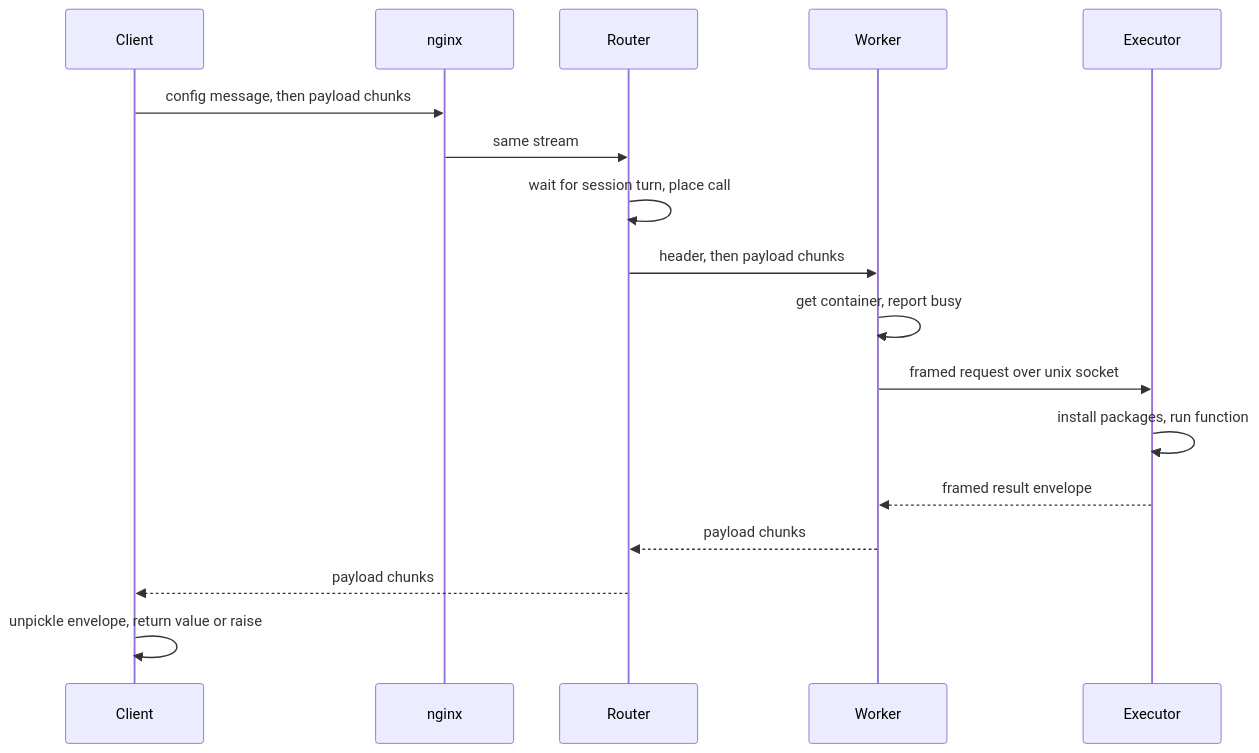
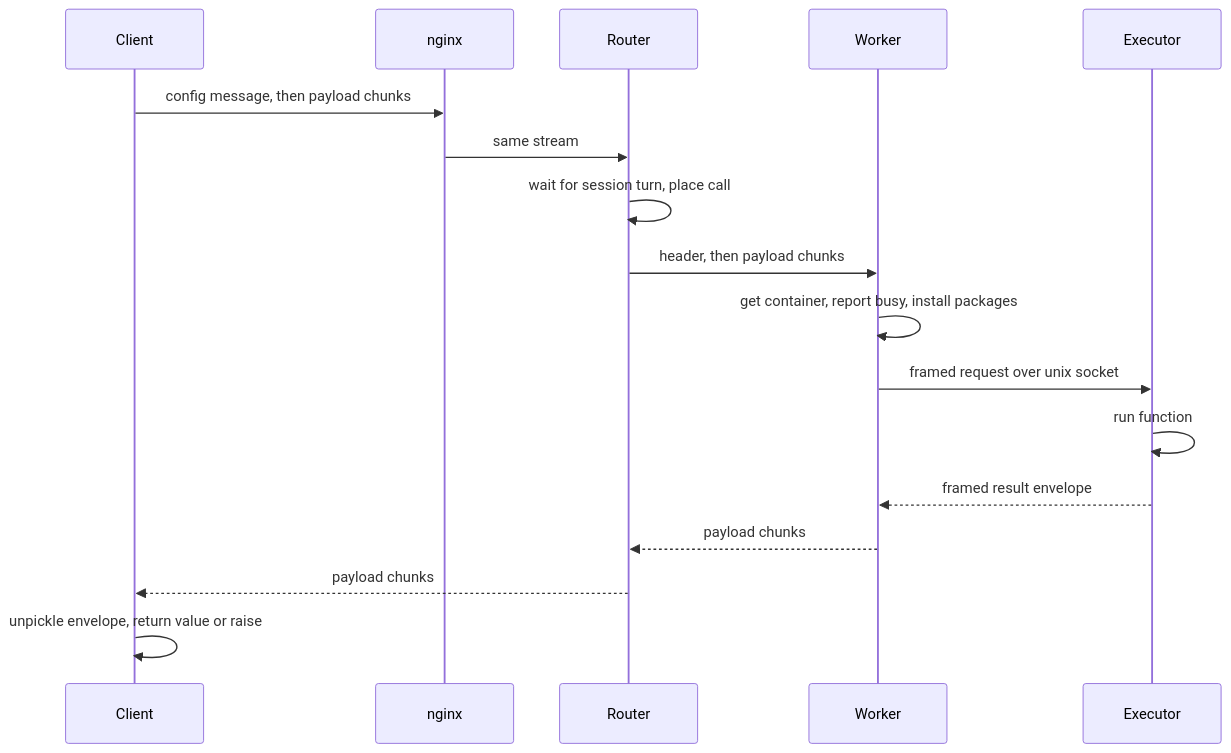
One commit to readie-project/readie changed the diagram in docs/docs/architecture/request-lifecycle.md. Above: the diagram before and after it, drawn with Mermaid. The commit also changed other lines of this file and 95 other files, not shown here.

````diff
--- a/docs/docs/architecture/request-lifecycle.md
+++ b/docs/docs/architecture/request-lifecycle.md
@@ -11,19 +11,19 @@
 ```mermaid
 sequenceDiagram
     participant C as Client
     participant N as nginx
     participant R as Router
     participant W as Worker
     participant E as Executor
     C->>N: config message, then payload chunks
     N->>R: same stream
     R->>R: wait for session turn, place call
     R->>W: header, then payload chunks
-    W->>W: get container, report busy
+    W->>W: get container, report busy, install packages
     W->>E: framed request over unix socket
-    E->>E: install packages, run function
+    E->>E: run function
     E-->>W: framed result envelope
     W-->>R: payload chunks
     R-->>C: payload chunks
     C->>C: unpickle envelope, return value or raise
 ```
````
